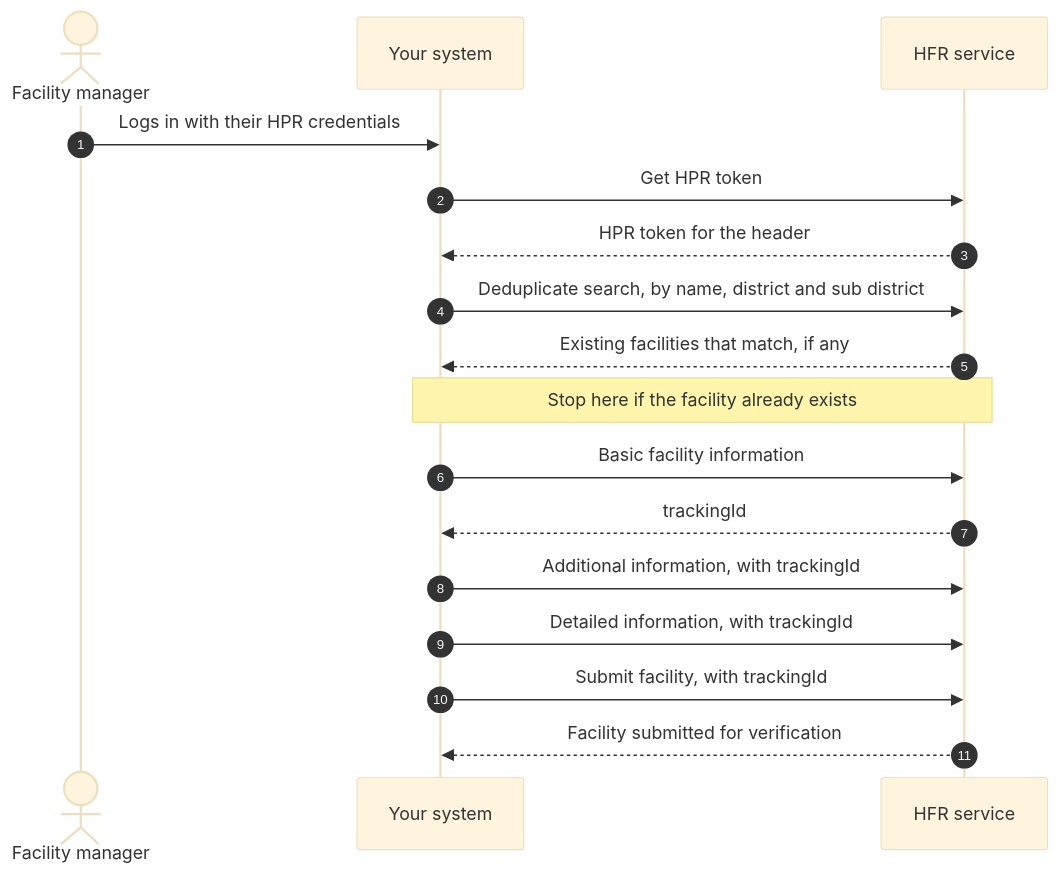
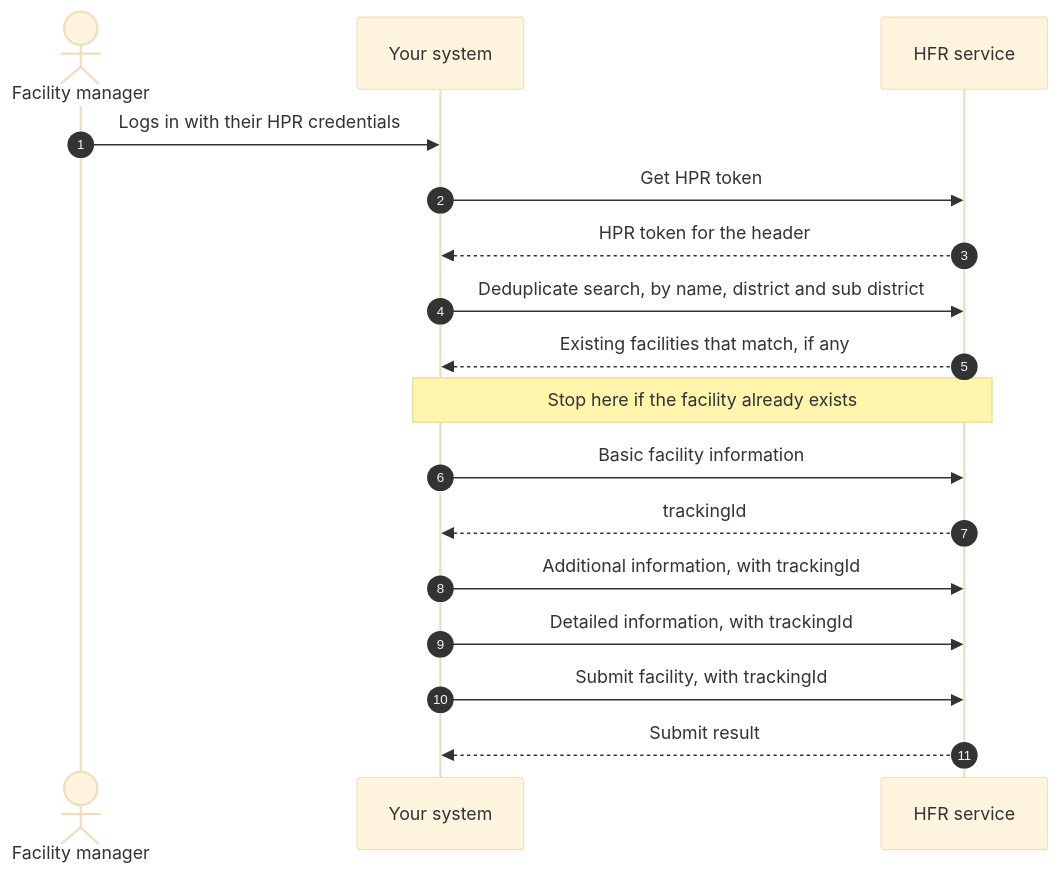
One commit to nha-in/docs changed the fourth of 6 diagrams in site/docs/hiecm/v3/milestones/m4.mdx. Above: the diagram before and after it, drawn with Mermaid (base theme). The commit also changed other lines of this file and 30 other files, not shown here.

````diff
--- a/site/docs/hiecm/v3/milestones/m4.mdx
+++ b/site/docs/hiecm/v3/milestones/m4.mdx
@@ -188,20 +188,20 @@
 ```mermaid
 sequenceDiagram
     autonumber
     actor M as Facility manager
     participant S as Your system
     participant H as HFR service
 
     M->>S: Logs in with their HPR credentials
     S->>H: Get HPR token
     H-->>S: HPR token for the header
     S->>H: Deduplicate search, by name, district and sub district
     H-->>S: Existing facilities that match, if any
     Note over S,H: Stop here if the facility already exists
     S->>H: Basic facility information
     H-->>S: trackingId
     S->>H: Additional information, with trackingId
     S->>H: Detailed information, with trackingId
     S->>H: Submit facility, with trackingId
-    H-->>S: Facility submitted for verification
+    H-->>S: Submit result
 ```
````
